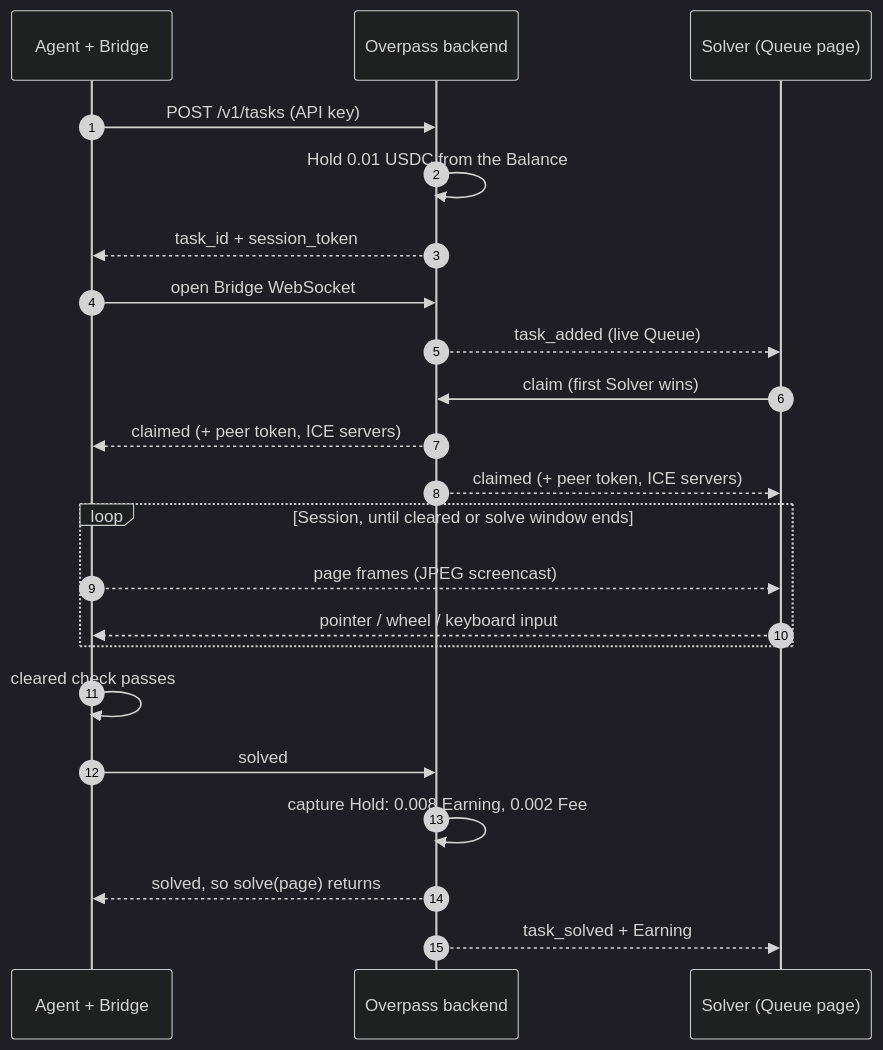
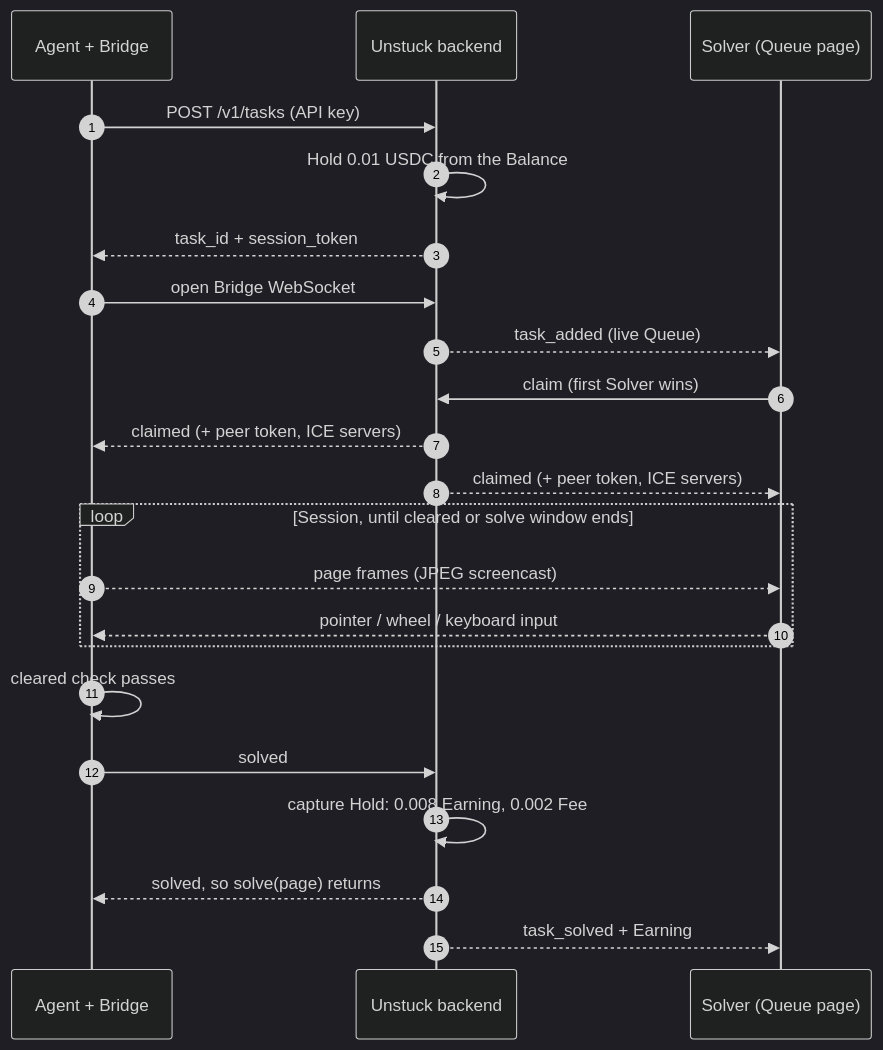
One commit to yuchia329/overpass changed the first of 5 diagrams in README.md. Above: the diagram before and after it, drawn with Mermaid (dark theme). The commit also changed other lines of this file and 53 other files, not shown here.

First line of the commit message:
Rename the project from Overpass to Unstuck

````diff
--- a/README.md
+++ b/README.md
@@ -45,25 +45,25 @@
 ```mermaid
 sequenceDiagram
     autonumber
     participant A as Agent + Bridge
-    participant B as Overpass backend
+    participant B as Unstuck backend
     participant S as Solver (Queue page)
 
     A->>B: POST /v1/tasks (API key)
     B->>B: Hold 0.01 USDC from the Balance
     B-->>A: task_id + session_token
     A->>B: open Bridge WebSocket
     B-->>S: task_added (live Queue)
     S->>B: claim (first Solver wins)
     B-->>A: claimed (+ peer token, ICE servers)
     B-->>S: claimed (+ peer token, ICE servers)
     loop Session, until cleared or solve window ends
         A-->>S: page frames (JPEG screencast)
         S-->>A: pointer / wheel / keyboard input
     end
     A->>A: cleared check passes
     A->>B: solved
     B->>B: capture Hold: 0.008 Earning, 0.002 Fee
     B-->>A: solved, so solve(page) returns
     B-->>S: task_solved + Earning
 ```
````
